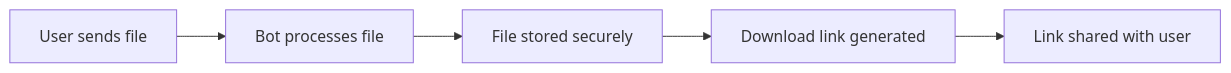
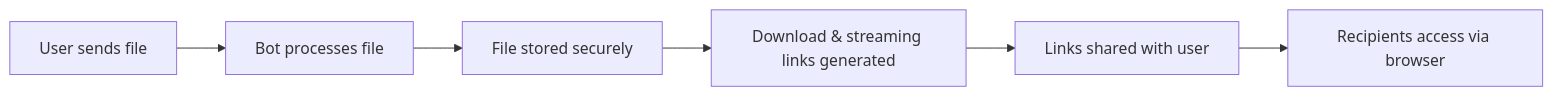
Before and after one commit to AnikethJana/Telegram-Download-Link-Generator: the diagram in docs/user-guide/overview.md, drawn with Mermaid. The commit also changed other lines of this file and 20 other files, not shown here.

````diff
--- a/docs/user-guide/overview.md
+++ b/docs/user-guide/overview.md
@@ -16,7 +16,8 @@
 ```mermaid
 graph LR
     A[User sends file] --> B[Bot processes file]
     B --> C[File stored securely]
-    C --> D[Download link generated]
-    D --> E[Link shared with user]
+    C --> D[Download & streaming links generated]
+    D --> E[Links shared with user]
+    E --> F[Recipients access via browser]
 ```
````
